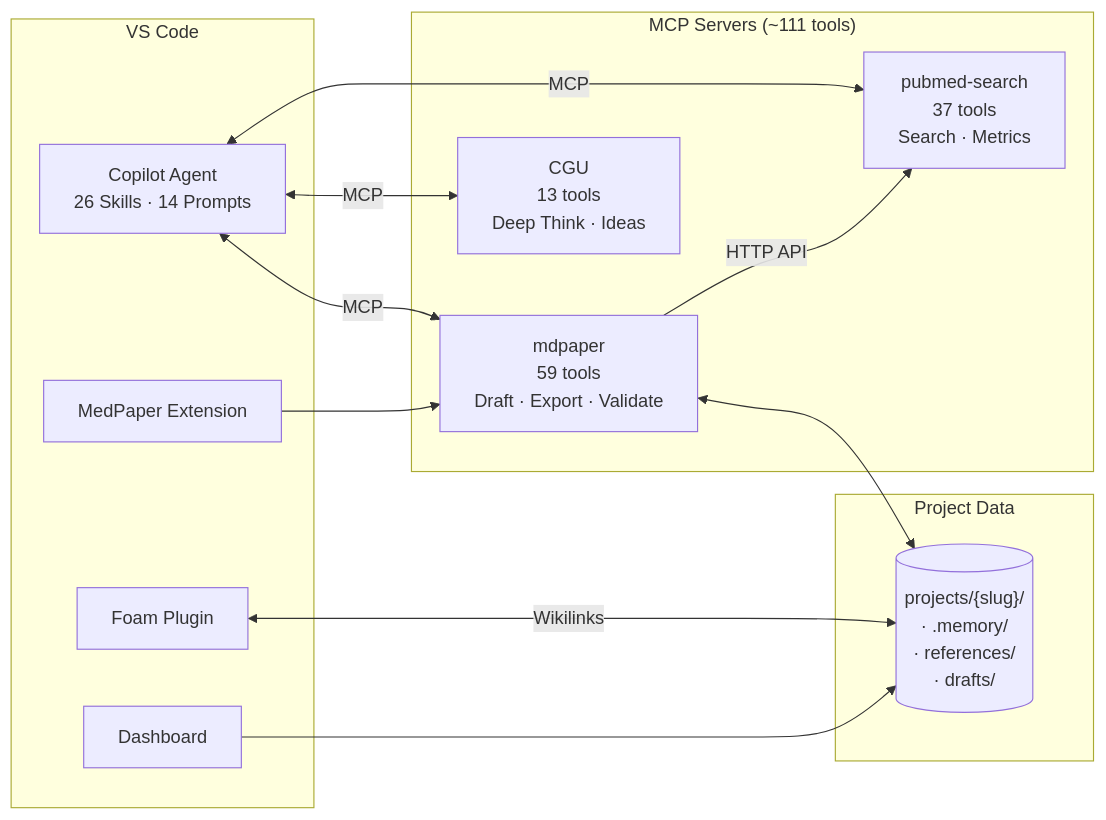
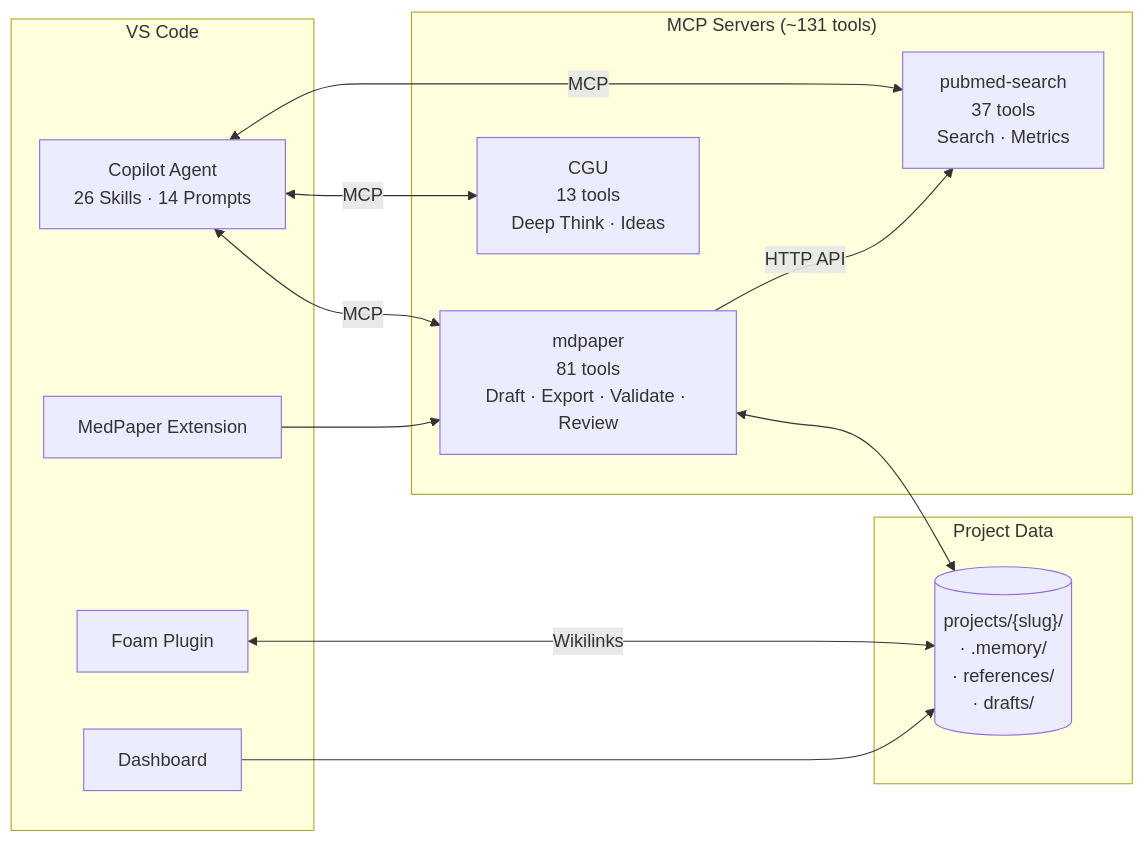
The diagram in README.md (u9401066/med-paper-assistant), drawn with Mermaid before and after one commit. The commit also changed other lines of this file and 7 other files, not shown here.

First line of the commit message:
docs: update README (81 tools), CHANGELOG 0.3.12, ROADMAP, CI

````diff
--- a/README.md
+++ b/README.md
@@ -49,28 +49,28 @@
 ```mermaid
 flowchart LR
     subgraph IDE["VS Code"]
         Agent["Copilot Agent<br/>26 Skills · 14 Prompts"]
         Foam[Foam Plugin]
         Ext[MedPaper Extension]
         Dash[Dashboard]
     end
 
-    subgraph MCP["MCP Servers (~111 tools)"]
-        mdpaper["mdpaper<br/>59 tools<br/>Draft · Export · Validate"]
+    subgraph MCP["MCP Servers (~131 tools)"]
+        mdpaper["mdpaper<br/>81 tools<br/>Draft · Export · Validate · Review"]
         pubmed["pubmed-search<br/>37 tools<br/>Search · Metrics"]
         cgu["CGU<br/>13 tools<br/>Deep Think · Ideas"]
     end
 
     subgraph Data["Project Data"]
         proj[("projects/{slug}/<br/>· .memory/<br/>· references/<br/>· drafts/")]
     end
 
     Agent <-->|MCP| mdpaper
     Agent <-->|MCP| pubmed
     Agent <-->|MCP| cgu
     mdpaper -->|HTTP API| pubmed
     Foam <-->|Wikilinks| proj
     mdpaper <--> proj
     Ext --> mdpaper
     Dash --> proj
 ```
````
